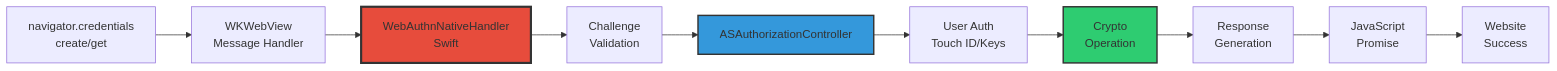
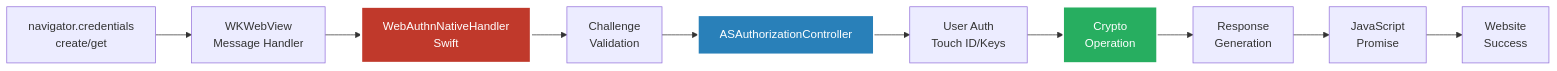
Before and after one commit to webauthnai/Web-Man: the seventh of 7 diagrams in README.md, drawn with Mermaid. The commit also changed other lines of this file, not shown here.

````diff
--- a/README.md
+++ b/README.md
@@ -312,18 +312,18 @@
 ```mermaid
 graph LR
     A[navigator.credentials<br/>create/get] --> B[WKWebView<br/>Message Handler]
     B --> C[WebAuthnNativeHandler<br/>Swift]
     
     C --> D[Challenge<br/>Validation]
     D --> E[ASAuthorizationController]
     E --> F[User Auth<br/>Touch ID/Keys]
     
     F --> G[Crypto<br/>Operation]
     G --> H[Response<br/>Generation]
     H --> I[JavaScript<br/>Promise]
     I --> J[Website<br/>Success]
     
-    style C fill:#e74c3c,stroke:#333,stroke-width:3px
-    style E fill:#3498db,stroke:#333,stroke-width:2px
-    style G fill:#2ecc71,stroke:#333,stroke-width:2px
+    style C fill:#c0392b,stroke:#fff,stroke-width:3px,color:#fff
+    style E fill:#2980b9,stroke:#fff,stroke-width:2px,color:#fff
+    style G fill:#27ae60,stroke:#fff,stroke-width:2px,color:#fff
 ```
````
